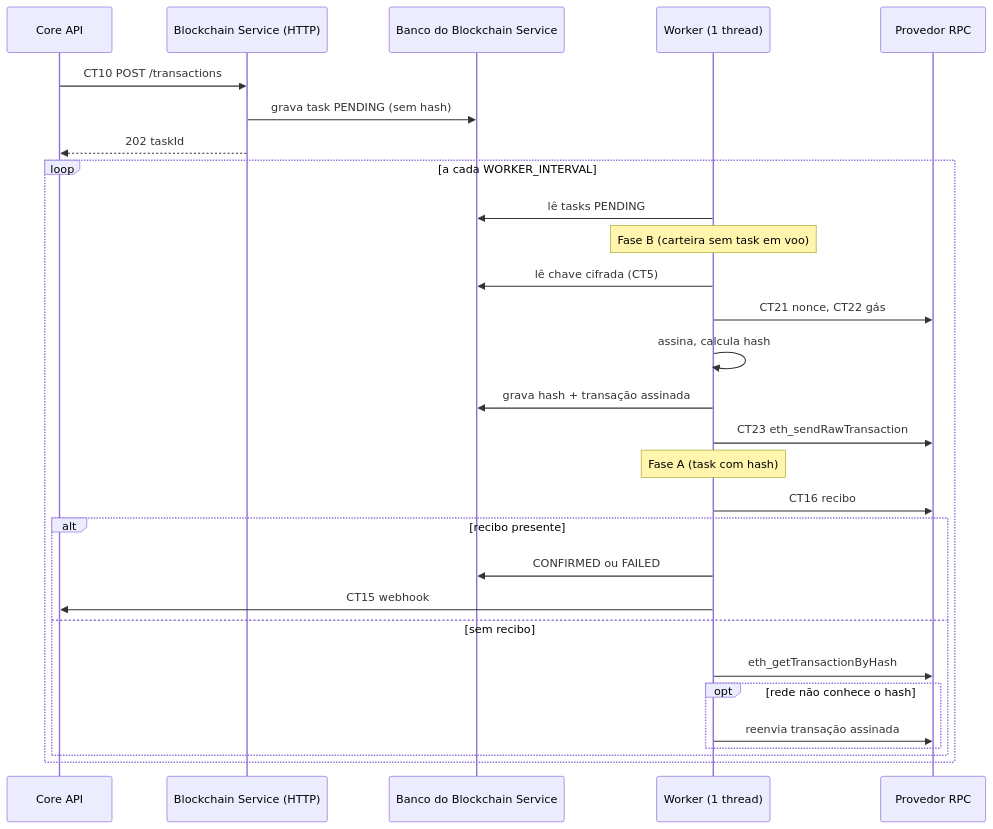
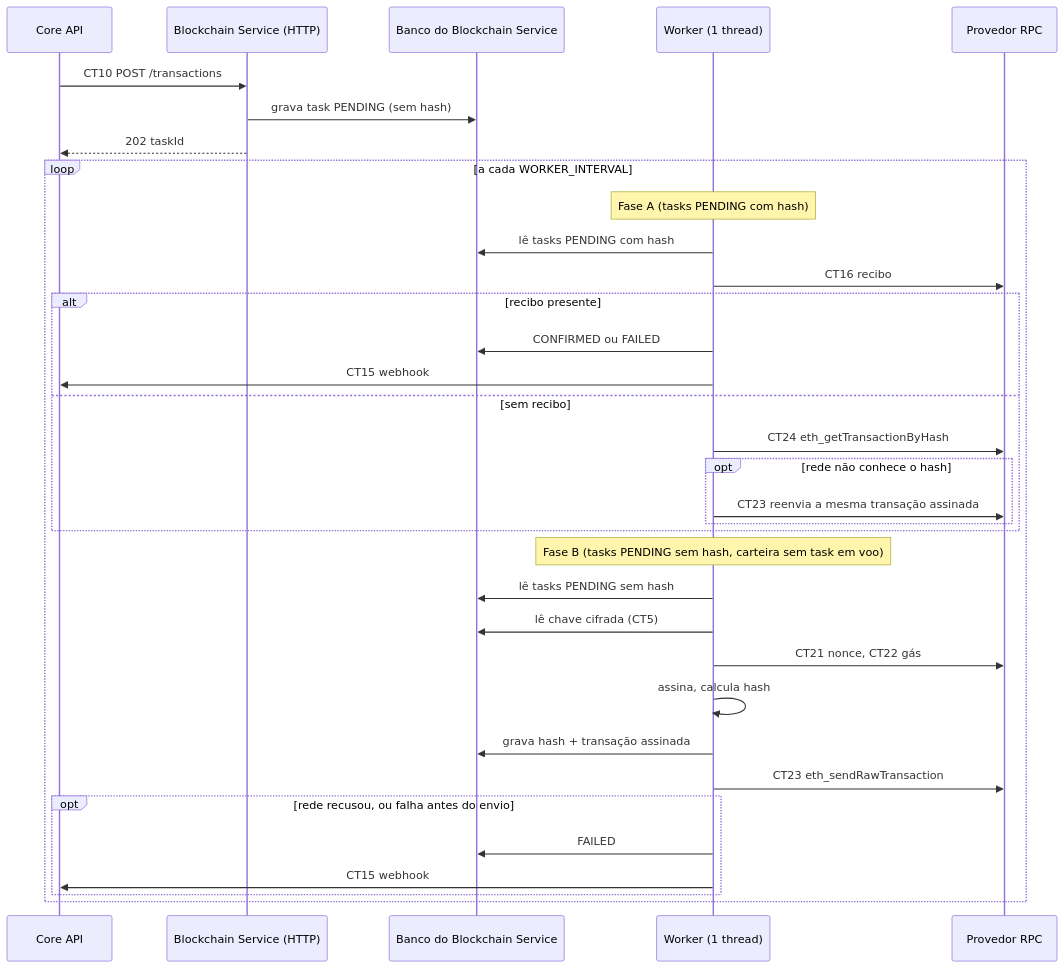
The diagram in docs/desenho-blockchain-service.md (IgorFurtadoo/pi4-2026-2-0101-grupo07-blockchain), drawn with Mermaid before and after one commit. The commit also changed other lines of this file, not shown here.

First line of the commit message:
H08.1: registrar decisões da Fase A no desenho

````diff
--- a/docs/desenho-blockchain-service.md
+++ b/docs/desenho-blockchain-service.md
@@ -236,33 +247,38 @@
 ```mermaid
 sequenceDiagram
     participant CORE as Core API
     participant API as Blockchain Service (HTTP)
     participant DB as Banco do Blockchain Service
     participant W as Worker (1 thread)
     participant RPC as Provedor RPC
  
     CORE->>API: CT10 POST /transactions
     API->>DB: grava task PENDING (sem hash)
     API-->>CORE: 202 taskId
  
     loop a cada WORKER_INTERVAL
-        W->>DB: lê tasks PENDING
-        Note over W: Fase B (carteira sem task em voo)
+        Note over W: Fase A (tasks PENDING com hash)
+        W->>DB: lê tasks PENDING com hash
+        W->>RPC: CT16 recibo
+        alt recibo presente
+            W->>DB: CONFIRMED ou FAILED
+            W->>CORE: CT15 webhook
+        else sem recibo
+            W->>RPC: CT24 eth_getTransactionByHash
+            opt rede não conhece o hash
+                W->>RPC: CT23 reenvia a mesma transação assinada
+            end
+        end
+        Note over W: Fase B (tasks PENDING sem hash, carteira sem task em voo)
+        W->>DB: lê tasks PENDING sem hash
         W->>DB: lê chave cifrada (CT5)
         W->>RPC: CT21 nonce, CT22 gás
         W->>W: assina, calcula hash
         W->>DB: grava hash + transação assinada
         W->>RPC: CT23 eth_sendRawTransaction
-        Note over W: Fase A (task com hash)
-        W->>RPC: CT16 recibo
-        alt recibo presente
-            W->>DB: CONFIRMED ou FAILED
+        opt rede recusou, ou falha antes do envio
+            W->>DB: FAILED
             W->>CORE: CT15 webhook
-        else sem recibo
-            W->>RPC: eth_getTransactionByHash
-            opt rede não conhece o hash
-                W->>RPC: reenvia transação assinada
-            end
         end
     end
 ```
````
